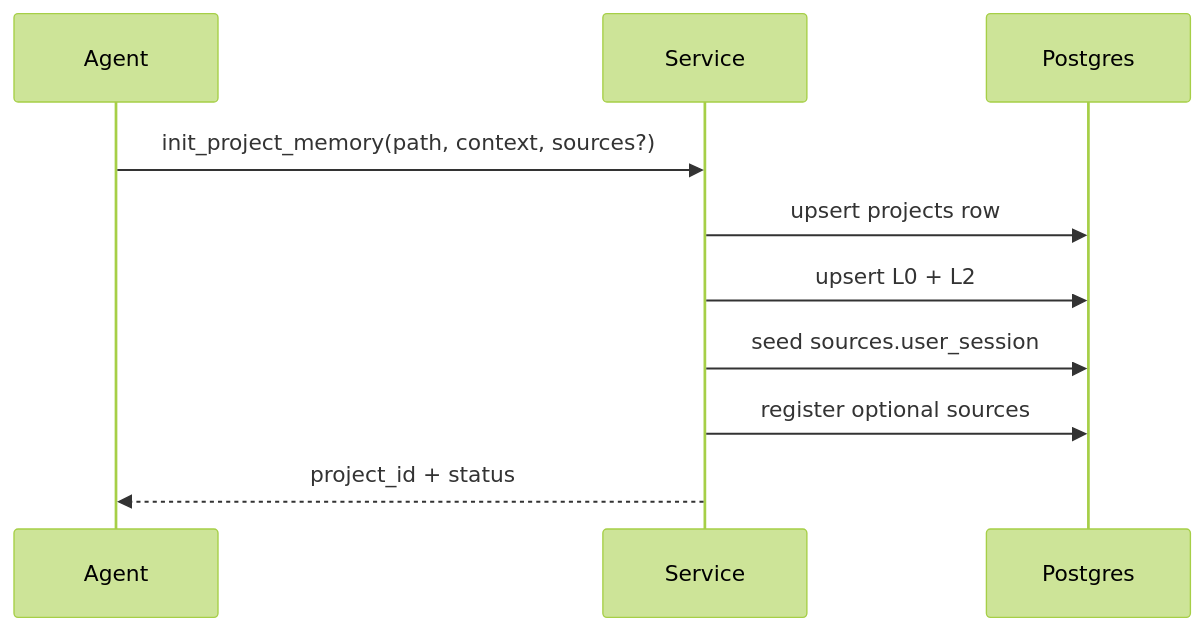
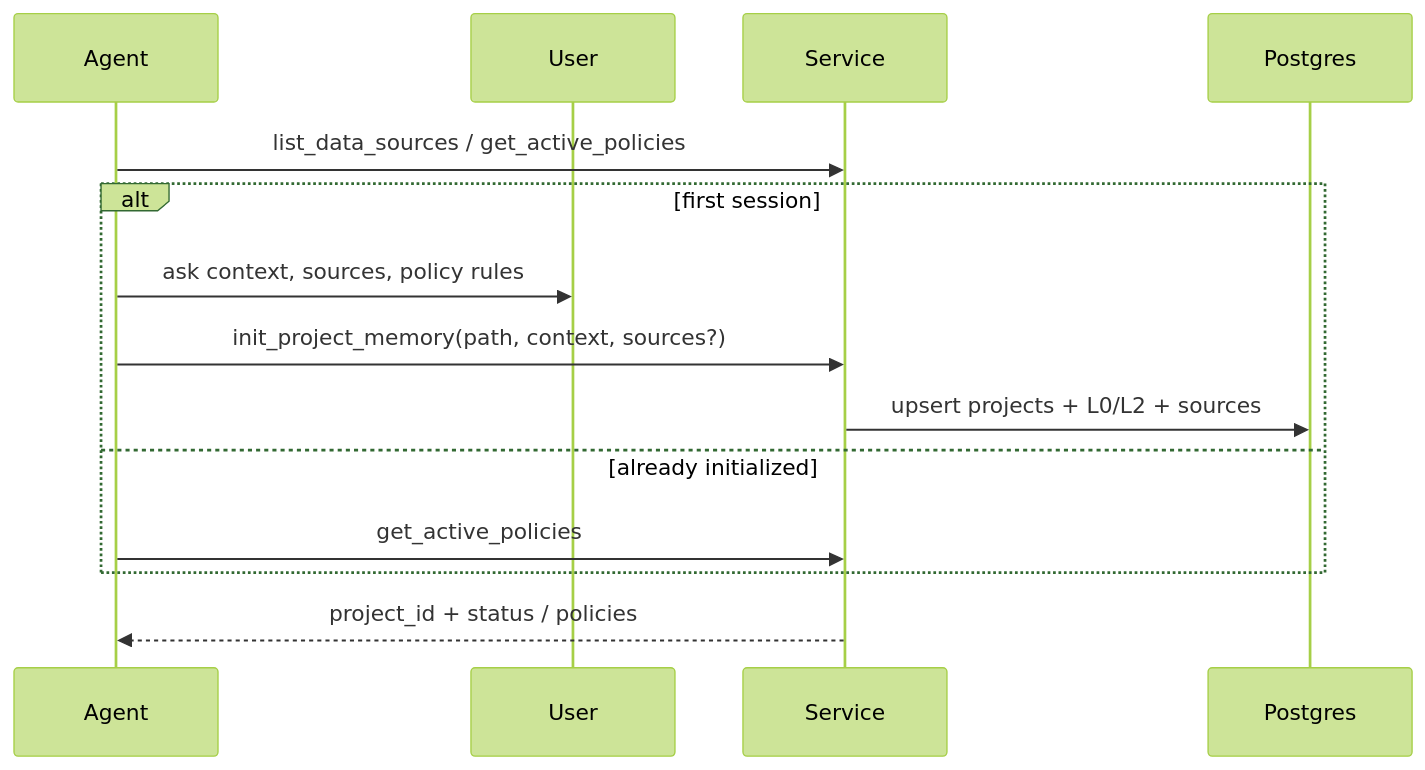
Before and after one commit to NamTranQuoc/wn-project-memory: the fourth of 5 diagrams in README.md, drawn with Mermaid (forest theme). The commit also changed other lines of this file and 13 other files, not shown here.

````diff
--- a/README.md
+++ b/README.md
@@ -99,12 +126,16 @@
 ```mermaid
 sequenceDiagram
   participant A as Agent
+  participant U as User
   participant S as Service
   participant DB as Postgres
-  A->>S: init_project_memory(path, context, sources?)
-  S->>DB: upsert projects row
-  S->>DB: upsert L0 + L2
-  S->>DB: seed sources.user_session
-  S->>DB: register optional sources
-  S-->>A: project_id + status
+  A->>S: list_data_sources / get_active_policies
+  alt first session
+    A->>U: ask context, sources, policy rules
+    A->>S: init_project_memory(path, context, sources?)
+    S->>DB: upsert projects + L0/L2 + sources
+  else already initialized
+    A->>S: get_active_policies
+  end
+  S-->>A: project_id + status / policies
 ```
````
